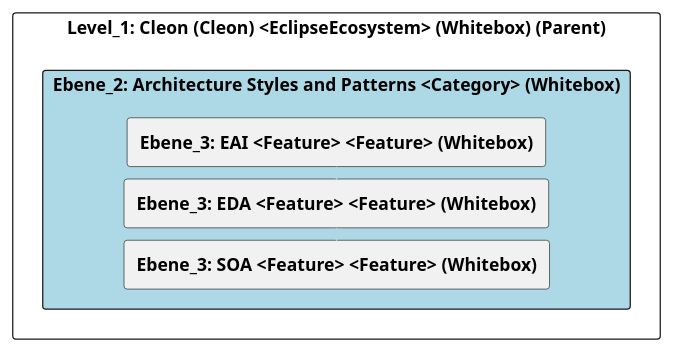
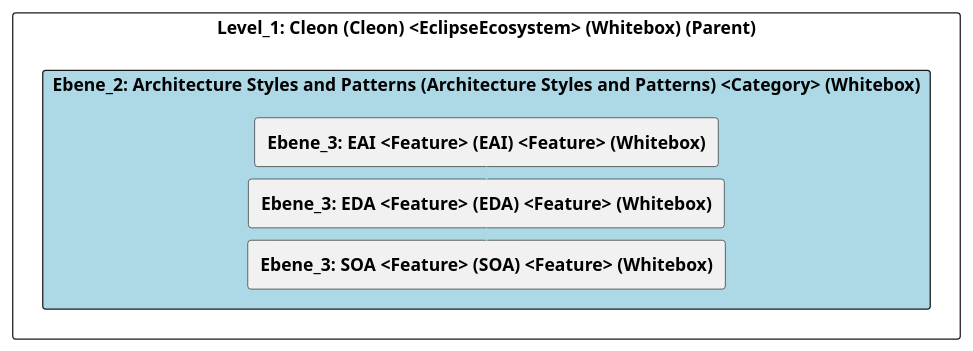
One commit to marcozwyssig/cleon changed the diagram in doc/cleonproject_deliverables_architecture_model_architecture/adoc/de/05_bausteinsicht/cleon/architecture_styles_and_patterns/ebene_2_architecture_styles_and_patterns.adoc. Above: the diagram before and after it, drawn with PlantUML. The commit also changed other lines of this file and 166 other files, not shown here.

```diff
--- a/doc/cleonproject_deliverables_architecture_model_architecture/adoc/de/05_bausteinsicht/cleon/architecture_styles_and_patterns/ebene_2_architecture_styles_and_patterns.adoc
+++ b/doc/cleonproject_deliverables_architecture_model_architecture/adoc/de/05_bausteinsicht/cleon/architecture_styles_and_patterns/ebene_2_architecture_styles_and_patterns.adoc
@@ -24,30 +24,30 @@
-[plantuml, Ebene_2: Architecture Styles and Patterns <Category> (Whitebox)BlockOverview, format="svg"]
+[plantuml, Ebene_2: Architecture Styles and Patterns (Architecture Styles and Patterns) <Category> (Whitebox)BlockOverview, format="svg"]
 ----
-@startuml Ebene_2: Architecture Styles and Patterns <Category> (Whitebox)BuildingBlockOverview
+@startuml Ebene_2: Architecture Styles and Patterns (Architecture Styles and Patterns) <Category> (Whitebox)BuildingBlockOverview
 
 skinparam ranksep 10
 skinparam componentStyle rectangle
 skinparam shadowing false
 skinparam arrowColor lightblue
 skinparam arrowThickness 1.2
 skinparam rectangle {
   BackgroundColor White
   BorderColor #333
   RoundCorner 10
 }
 top to bottom direction
 
 component "Level_1: Cleon (Cleon) <EclipseEcosystem> (Whitebox) (Parent)" {
-    component "Ebene_2: Architecture Styles and Patterns <Category> (Whitebox)" #lightblue {
-        [**Ebene_3: EAI <Feature> <Feature> (Whitebox)**] as 49055818_D579_11EE_903E_9F564E4DE07E
-        [**Ebene_3: EDA <Feature> <Feature> (Whitebox)**] as 49057F3D_D579_11EE_903E_9F564E4DE07E
-        [**Ebene_3: SOA <Feature> <Feature> (Whitebox)**] as 4905A650_D579_11EE_903E_9F564E4DE07E
+    component "Ebene_2: Architecture Styles and Patterns (Architecture Styles and Patterns) <Category> (Whitebox)" #lightblue {
+        [**Ebene_3: EAI <Feature> (EAI) <Feature> (Whitebox)**] as 49055818_D579_11EE_903E_9F564E4DE07E
+        [**Ebene_3: EDA <Feature> (EDA) <Feature> (Whitebox)**] as 49057F3D_D579_11EE_903E_9F564E4DE07E
+        [**Ebene_3: SOA <Feature> (SOA) <Feature> (Whitebox)**] as 4905A650_D579_11EE_903E_9F564E4DE07E
     }
 
     49055818_D579_11EE_903E_9F564E4DE07E -down-> 49057F3D_D579_11EE_903E_9F564E4DE07E
     49057F3D_D579_11EE_903E_9F564E4DE07E -down-> 4905A650_D579_11EE_903E_9F564E4DE07E
     
 }
 
 @enduml
 ----
```
